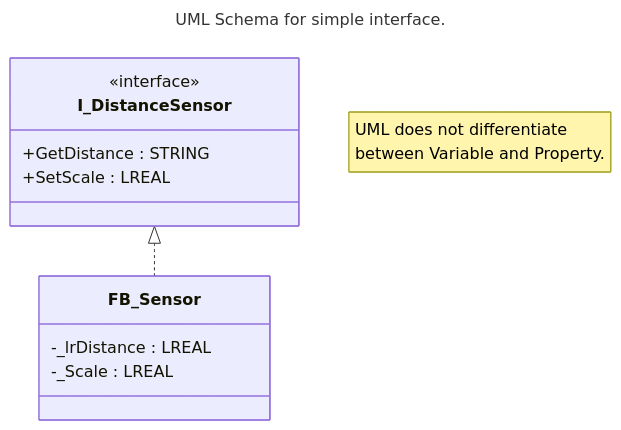
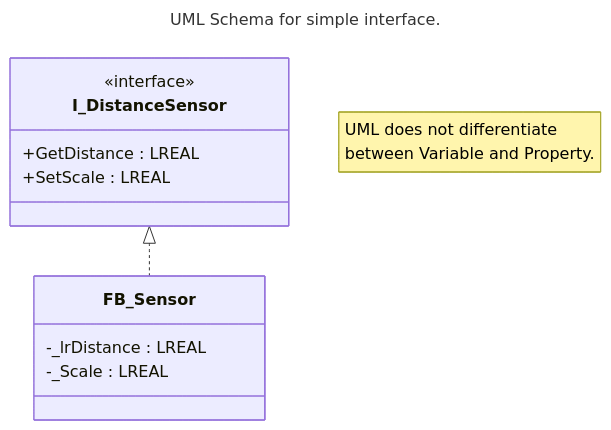
Before and after one commit to hei-synd-aaut/aaut-docs: the second of 3 diagrams in AAut_MOD_02_IEC_61131_OOP_InPractice/README.MD, drawn with Mermaid. The commit also changed other lines of this file, not shown here.

````diff
--- a/AAut_MOD_02_IEC_61131_OOP_InPractice/README.MD
+++ b/AAut_MOD_02_IEC_61131_OOP_InPractice/README.MD
@@ -142,22 +142,22 @@
 ```mermaid
 ---
 title: UML Schema for simple interface.
 ---
 classDiagram
     
     class I_DistanceSensor{ 
-        +GetDistance : STRING
+        +GetDistance : LREAL
         +SetScale : LREAL
     }
     <<interface>> I_DistanceSensor
 
     class FB_Sensor{
         -_lrDistance : LREAL
         -_Scale      : LREAL
     }
 
     note "UML does not differentiate 
           between Variable and Property."
 
     I_DistanceSensor <|.. FB_Sensor
 ```
````
